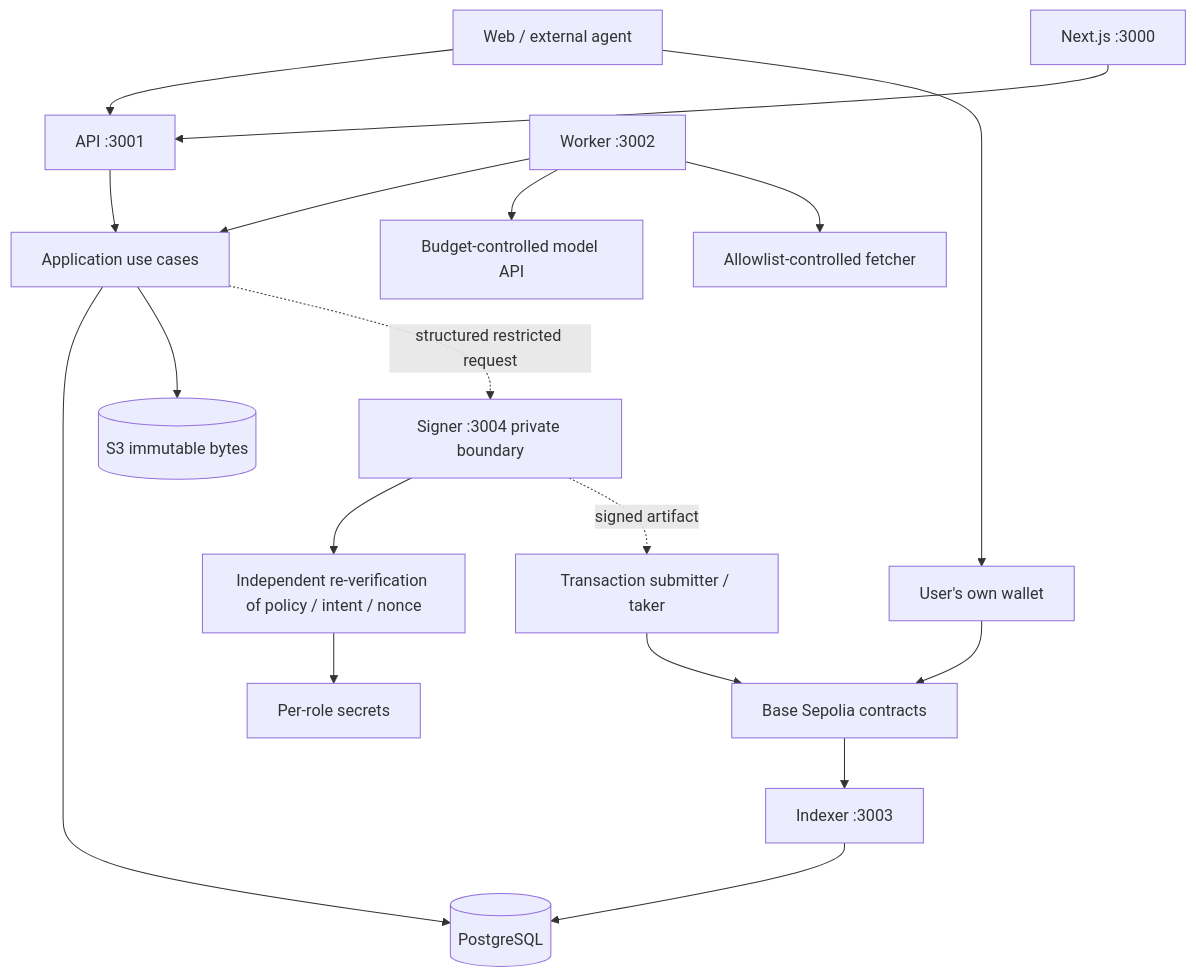
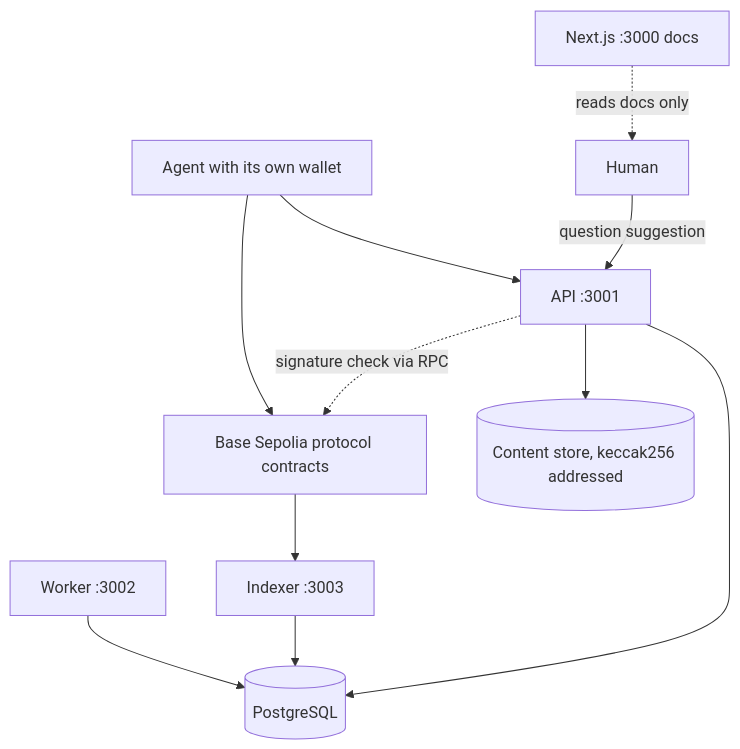
The first of 2 diagrams in docs/ARCHITECTURE.md (Blink-Markets/blinkmarket), drawn with Mermaid before and after one commit. The commit also changed other lines of this file and 63 other files, not shown here.

First line of the commit message:
docs: record P2 off-chain protocol delivery and mark v0.1 role docs historical

````diff
--- a/docs/ARCHITECTURE.md
+++ b/docs/ARCHITECTURE.md
@@ -15,20 +15,13 @@
 ```mermaid
 flowchart TB
-  Browser[Web / external agent] --> API[API :3001]
-  Browser --> Wallet[User's own wallet]
-  Wallet --> Chain[Base Sepolia contracts]
-  Web[Next.js :3000] --> API
-  API --> App[Application use cases]
-  Worker[Worker :3002] --> App
-  App --> DB[(PostgreSQL)]
-  App --> Objects[(S3 immutable bytes)]
-  Worker --> Models[Budget-controlled model API]
-  Worker --> Fetch[Allowlist-controlled fetcher]
-  App -.structured restricted request.-> Signer[Signer :3004 private boundary]
-  Signer --> Policy[Independent re-verification of policy / intent / nonce]
-  Policy --> Keys[Per-role secrets]
-  Signer -.signed artifact.-> Submit[Transaction submitter / taker]
-  Submit --> Chain
+  Agent[Agent with its own wallet] --> API[API :3001]
+  Agent --> Chain[Base Sepolia protocol contracts]
+  Human[Human] -->|question suggestion| API
+  Web[Next.js :3000 docs] -.reads docs only.-> Human
+  API --> DB[(PostgreSQL)]
+  API --> Objects[(Content store, keccak256 addressed)]
+  API -.signature check via RPC.-> Chain
+  Worker[Worker :3002] --> DB
   Chain --> Indexer[Indexer :3003]
   Indexer --> DB
 ```
````
